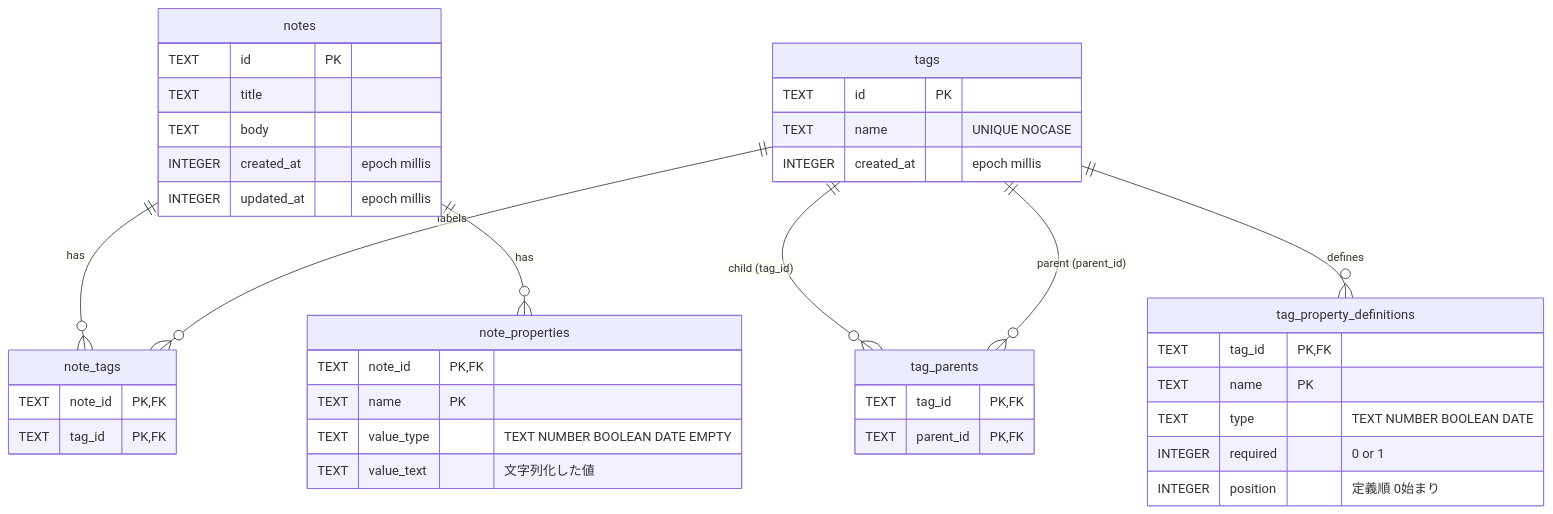
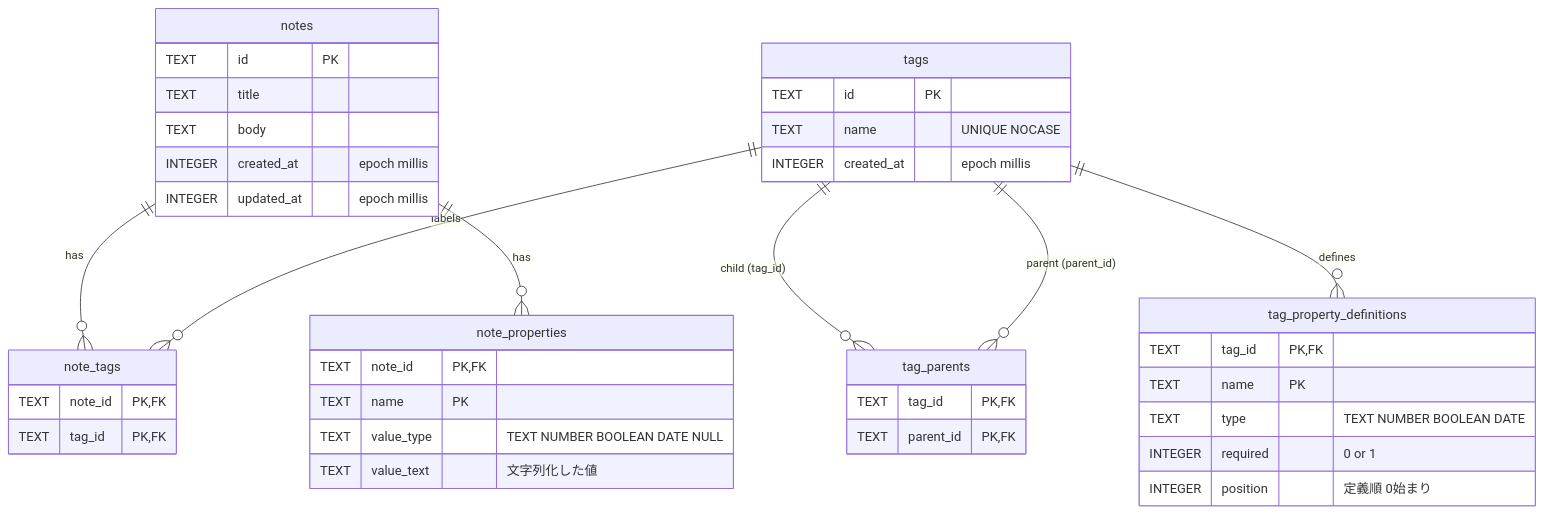
One commit to amgm-masamune/notebook-tag-props-haiku5_5 changed the second of 2 diagrams in docs/data-model.md. Above: the diagram before and after it, drawn with Mermaid. The commit also changed other lines of this file and 52 other files, not shown here.

````diff
--- a/docs/data-model.md
+++ b/docs/data-model.md
@@ -257,43 +257,43 @@
 ```mermaid
 erDiagram
     notes ||--o{ note_tags : has
     tags ||--o{ note_tags : labels
     tags ||--o{ tag_parents : "child (tag_id)"
     tags ||--o{ tag_parents : "parent (parent_id)"
     tags ||--o{ tag_property_definitions : defines
     notes ||--o{ note_properties : has
 
     notes {
         TEXT id PK
         TEXT title
         TEXT body
         INTEGER created_at "epoch millis"
         INTEGER updated_at "epoch millis"
     }
     tags {
         TEXT id PK
         TEXT name "UNIQUE NOCASE"
         INTEGER created_at "epoch millis"
     }
     tag_parents {
         TEXT tag_id PK,FK
         TEXT parent_id PK,FK
     }
     note_tags {
         TEXT note_id PK,FK
         TEXT tag_id PK,FK
     }
     tag_property_definitions {
         TEXT tag_id PK,FK
         TEXT name PK
         TEXT type "TEXT NUMBER BOOLEAN DATE"
         INTEGER required "0 or 1"
         INTEGER position "定義順 0始まり"
     }
     note_properties {
         TEXT note_id PK,FK
         TEXT name PK
-        TEXT value_type "TEXT NUMBER BOOLEAN DATE EMPTY"
+        TEXT value_type "TEXT NUMBER BOOLEAN DATE NULL"
         TEXT value_text "文字列化した値"
     }
 ```
````
